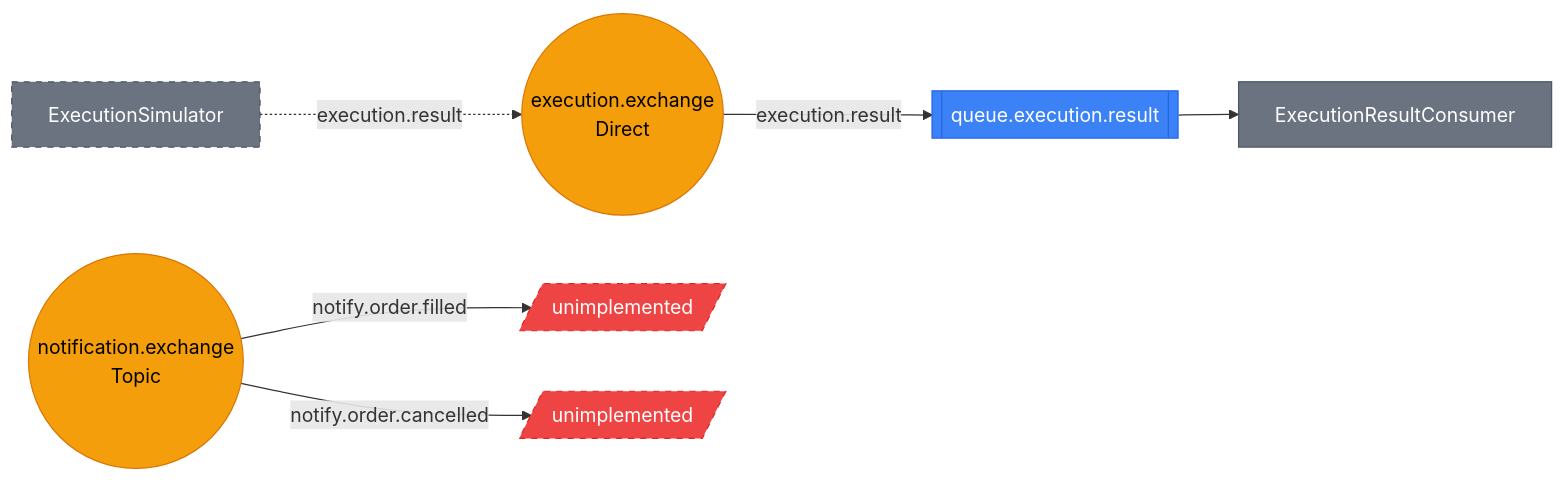
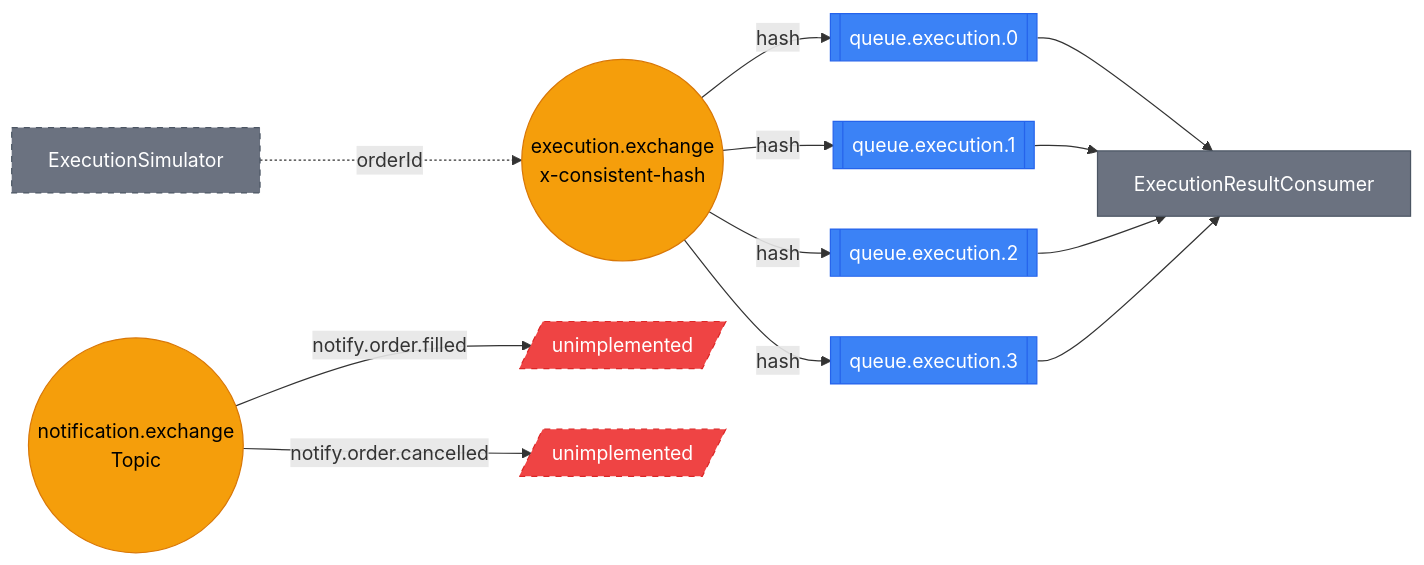
One commit to hwanseok-dev/system-design-study changed the third of 4 diagrams in security/README.md. Above: the diagram before and after it, drawn with Mermaid. The commit also changed other lines of this file and 2 other files, not shown here.

````diff
--- a/security/README.md
+++ b/security/README.md
@@ -85,23 +85,32 @@
 ```mermaid
 flowchart LR
     classDef exchange fill:#f59e0b,stroke:#d97706,color:#000
     classDef queue fill:#3b82f6,stroke:#2563eb,color:#fff
     classDef consumer fill:#6b7280,stroke:#4b5563,color:#fff
     classDef simulator fill:#6b7280,stroke:#4b5563,color:#fff,stroke-dasharray: 5 5
     classDef dropped fill:#ef4444,stroke:#dc2626,color:#fff,stroke-dasharray: 5 5
 
-    EE((execution.exchange<br/>Direct)):::exchange
+    EE((execution.exchange<br/>x-consistent-hash)):::exchange
     NE((notification.exchange<br/>Topic)):::exchange
 
-    Q7[[queue.execution.result]]:::queue
+    Q7[[queue.execution.0]]:::queue
+    Q8[[queue.execution.1]]:::queue
+    Q9[[queue.execution.2]]:::queue
+    Q10[[queue.execution.3]]:::queue
 
     EXSIM[ExecutionSimulator]:::simulator
     ERC[ExecutionResultConsumer]:::consumer
 
-    EXSIM -.->|execution.result| EE
-    EE -->|execution.result| Q7
+    EXSIM -.->|orderId| EE
+    EE -->|hash| Q7
+    EE -->|hash| Q8
+    EE -->|hash| Q9
+    EE -->|hash| Q10
     Q7 --> ERC
+    Q8 --> ERC
+    Q9 --> ERC
+    Q10 --> ERC
 
     NE -->|notify.order.filled| DROP1[/unimplemented/]:::dropped
     NE -->|notify.order.cancelled| DROP2[/unimplemented/]:::dropped
 ```
````
